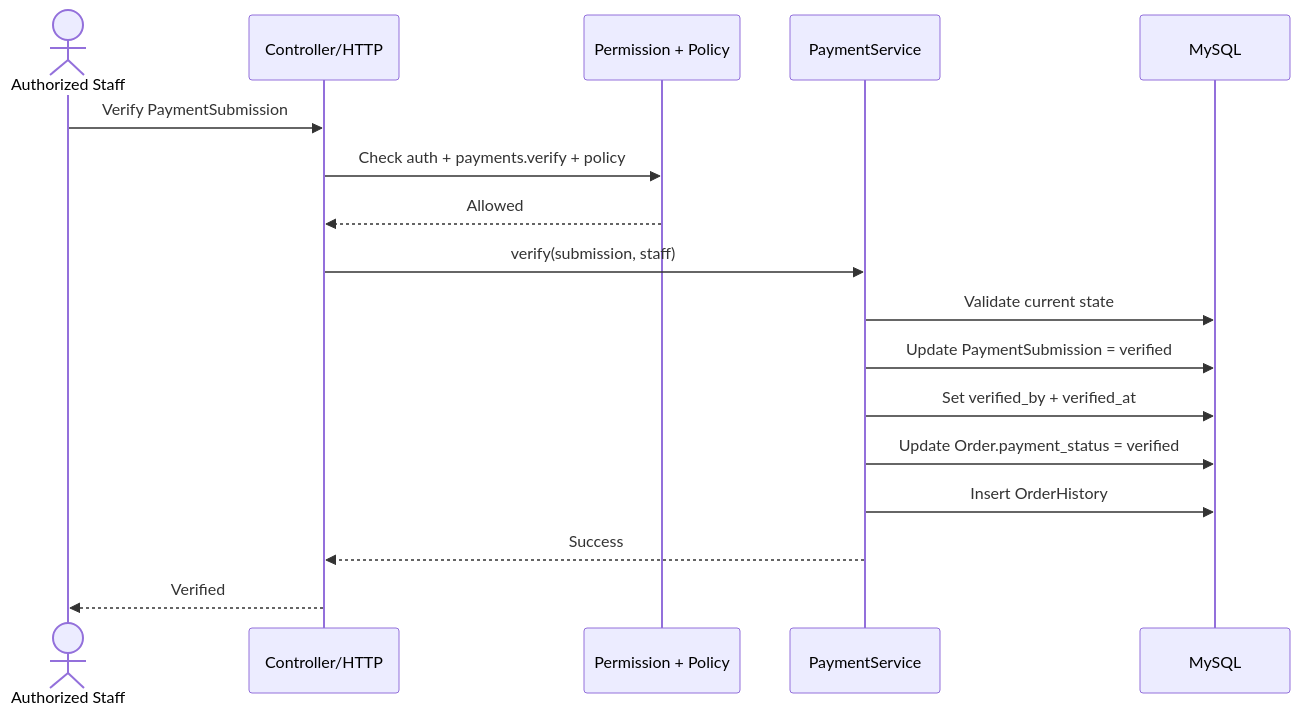
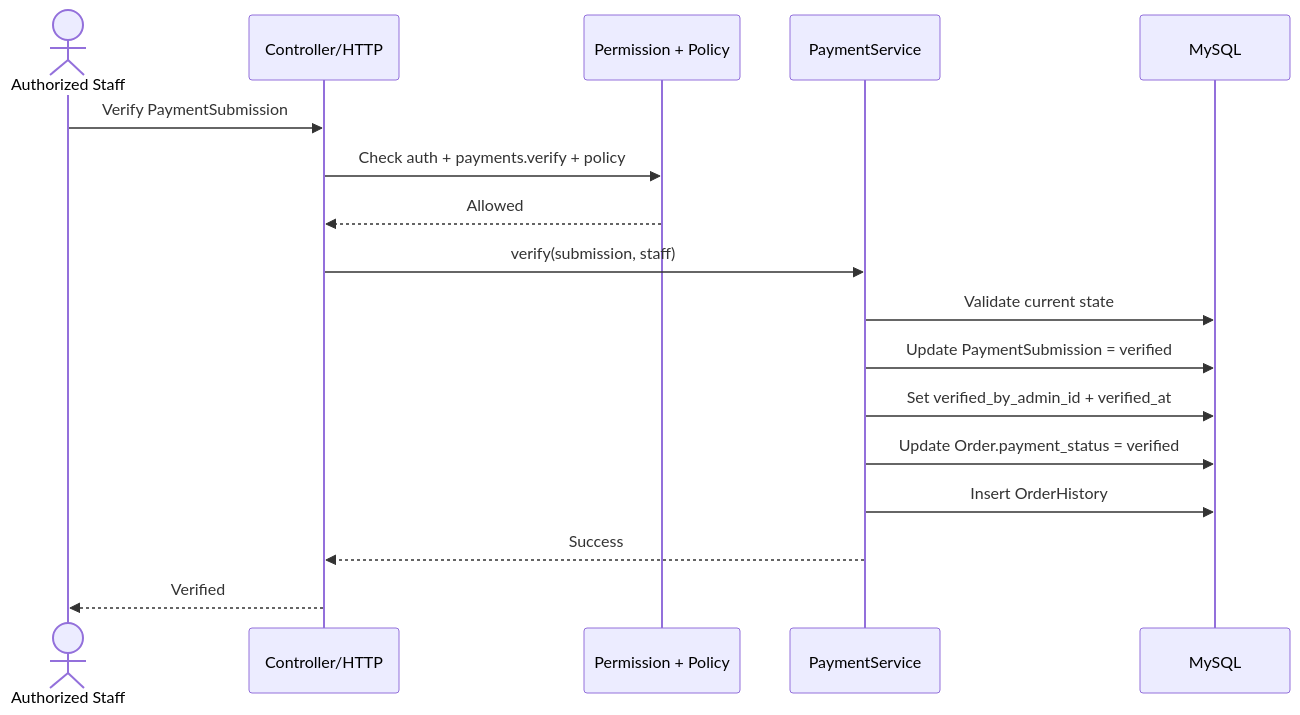
Before and after one commit to SanviRahman/shopPilot: the third of 7 diagrams in docs/ShopPilot-09-APPLICATION-FLOW.md, drawn with Mermaid. The commit also changed other lines of this file and 24 other files, not shown here.

````diff
--- a/docs/ShopPilot-09-APPLICATION-FLOW.md
+++ b/docs/ShopPilot-09-APPLICATION-FLOW.md
@@ -2909,20 +2935,20 @@
 ```mermaid
 sequenceDiagram
     actor ST as Authorized Staff
     participant HTTP as Controller/HTTP
     participant AUTH as Permission + Policy
     participant PAY as PaymentService
     participant DB as MySQL
 
     ST->>HTTP: Verify PaymentSubmission
     HTTP->>AUTH: Check auth + payments.verify + policy
     AUTH-->>HTTP: Allowed
     HTTP->>PAY: verify(submission, staff)
     PAY->>DB: Validate current state
     PAY->>DB: Update PaymentSubmission = verified
-    PAY->>DB: Set verified_by + verified_at
+    PAY->>DB: Set verified_by_admin_id + verified_at
     PAY->>DB: Update Order.payment_status = verified
     PAY->>DB: Insert OrderHistory
     PAY-->>HTTP: Success
     HTTP-->>ST: Verified
 ```
````
